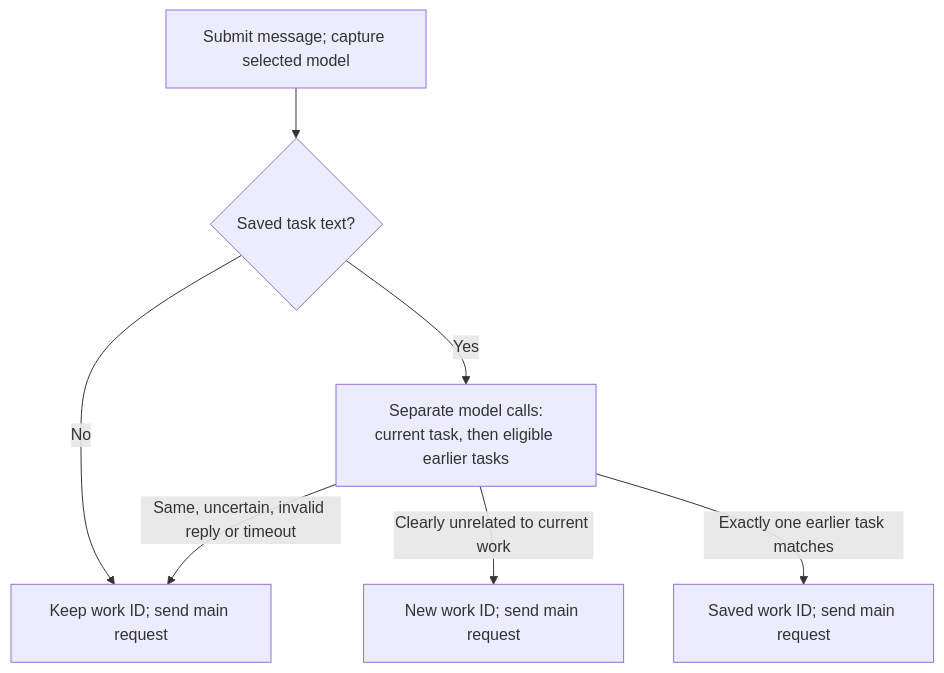
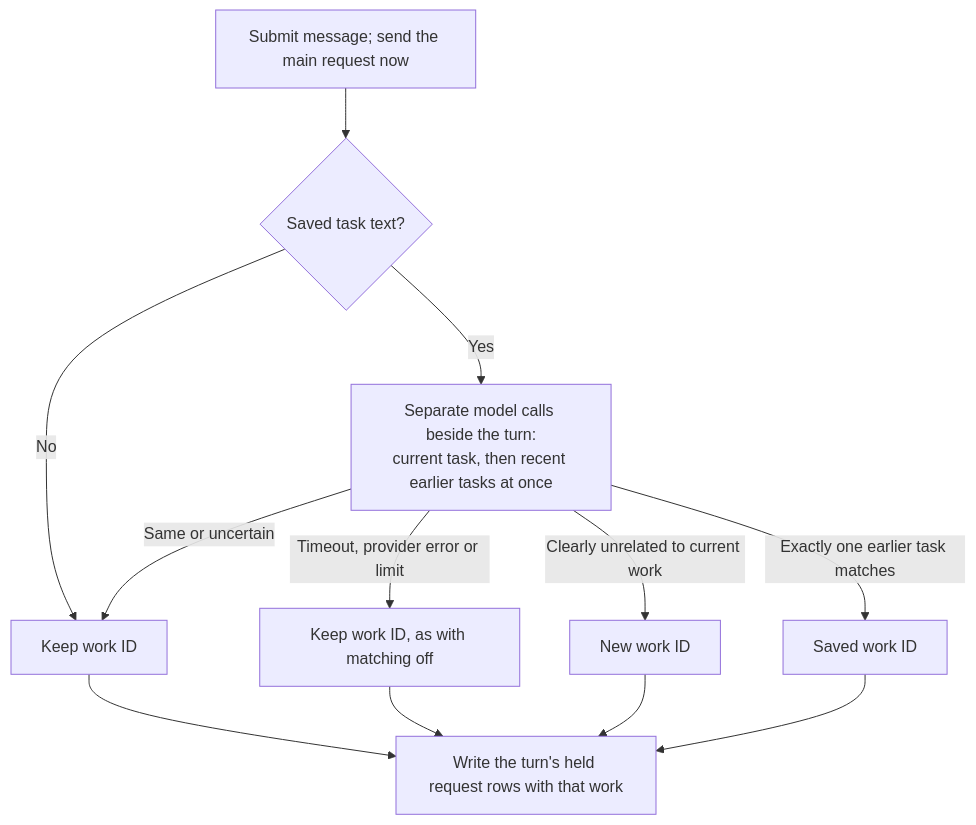
The third of 8 diagrams in docs/work-attribution.md (getkimchi/kimchi), drawn with Mermaid before and after one commit. The commit also changed other lines of this file and 8 other files, not shown here.

First line of the commit message:
feat(work-attribution): match work beside the turn, on by default

````diff
--- a/docs/work-attribution.md
+++ b/docs/work-attribution.md
@@ -126,9 +126,11 @@
 ```mermaid
 flowchart TD
-    I["Submit message; capture selected model"] --> H{"Saved task text?"}
-    H -->|No| R["Keep work ID; send main request"]
-    H -->|Yes| C["Separate model calls:<br/>current task, then eligible earlier tasks"]
-    C -->|Same, uncertain, invalid reply or timeout| R
-    C -->|Clearly unrelated to current work| N["New work ID; send main request"]
-    C -->|Exactly one earlier task matches| A["Saved work ID; send main request"]
+    I["Submit message; send the main request now"] --> H{"Saved task text?"}
+    H -->|No| R["Keep work ID"]
+    H -->|Yes| C["Separate model calls beside the turn:<br/>current task, then recent earlier tasks at once"]
+    C -->|Same or uncertain| R
+    C -->|Timeout, provider error or limit| S["Keep work ID, as with matching off"]
+    C -->|Clearly unrelated to current work| N["New work ID"]
+    C -->|Exactly one earlier task matches| A["Saved work ID"]
+    R & S & N & A --> W["Write the turn's held request rows with that work"]
 ```
````
